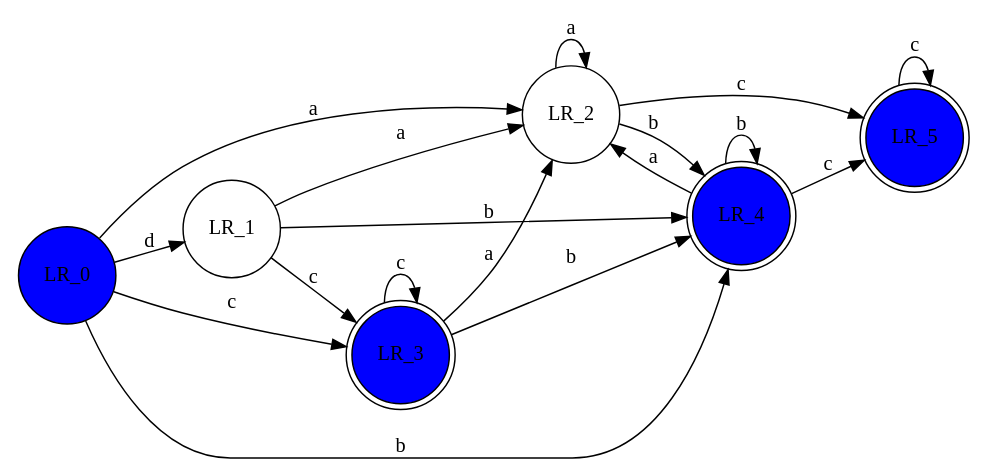
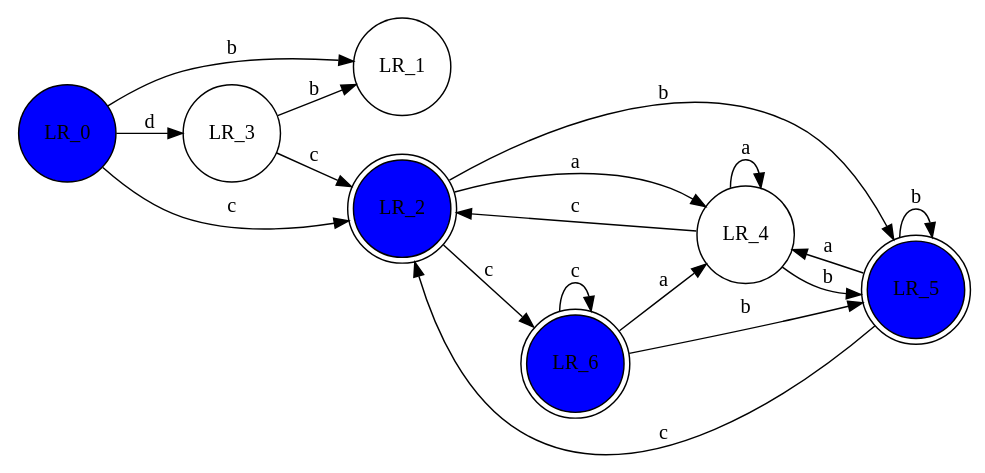
One commit to whtoo/regex changed the first of 2 diagrams in design/0x03自动机理论准备.md. Above: the diagram before and after it, drawn with Graphviz. The commit also changed other lines of this file and 4 other files, not shown here.

````diff
--- a/design/0x03自动机理论准备.md
+++ b/design/0x03自动机理论准备.md
@@ -35,29 +34,29 @@
 ```graphviz
 digraph G {
 rankdir = LR;
 size = "8,5";
 node [shape=circle];
 LR_0 [style=filled,fillcolor = blue]
-LR_0 -> LR_1 [label="d"];
-LR_0 -> LR_3 [label="c"];
-LR_0 -> LR_2 [label="a"];
-LR_0 -> LR_4 [label="b"];
-LR_1 -> LR_3 [label="c"];
-LR_1 -> LR_2 [label="a"];
-LR_1 -> LR_4 [label="b"];
-LR_3 [shape=doublecircle,style=filled,fillcolor = blue];
-LR_3 -> LR_3 [label="c"];
-LR_3 -> LR_2 [label="a"];
-LR_3 -> LR_4 [label="b"];
-LR_2 -> LR_5 [label="c"];
-LR_2 -> LR_2 [label="a"];
-LR_2 -> LR_4 [label="b"];
-LR_4 [shape=doublecircle,style=filled,fillcolor = blue];
-LR_4 -> LR_5 [label="c"];
-LR_4 -> LR_2 [label="a"];
-LR_4 -> LR_4 [label="b"];
+LR_0 -> LR_1 [label="b"];
+LR_0 -> LR_2 [label="c"];
+LR_0 -> LR_3 [label="d"];
+LR_2 [shape=doublecircle,style=filled,fillcolor = blue];
+LR_2 -> LR_4 [label="a"];
+LR_2 -> LR_5 [label="b"];
+LR_2 -> LR_6 [label="c"];
+LR_3 -> LR_1 [label="b"];
+LR_3 -> LR_2 [label="c"];
+LR_4 -> LR_4 [label="a"];
+LR_4 -> LR_5 [label="b"];
+LR_4 -> LR_2 [label="c"];
 LR_5 [shape=doublecircle,style=filled,fillcolor = blue];
-LR_5 -> LR_5 [label="c"];
+LR_5 -> LR_4 [label="a"];
+LR_5 -> LR_5 [label="b"];
+LR_5 -> LR_2 [label="c"];
+LR_6 [shape=doublecircle,style=filled,fillcolor = blue];
+LR_6 -> LR_4 [label="a"];
+LR_6 -> LR_5 [label="b"];
+LR_6 -> LR_6 [label="c"];
 
 }
 ```
````
